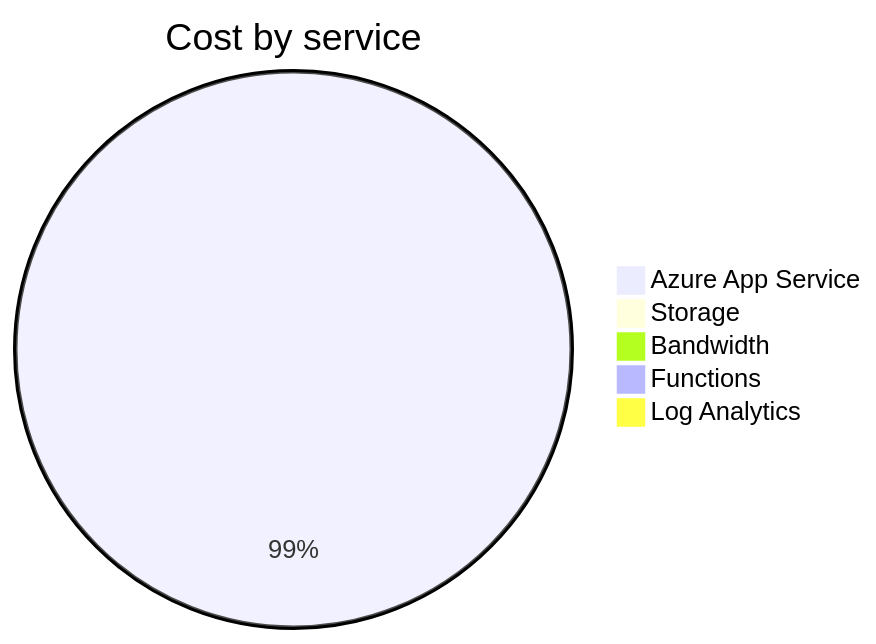
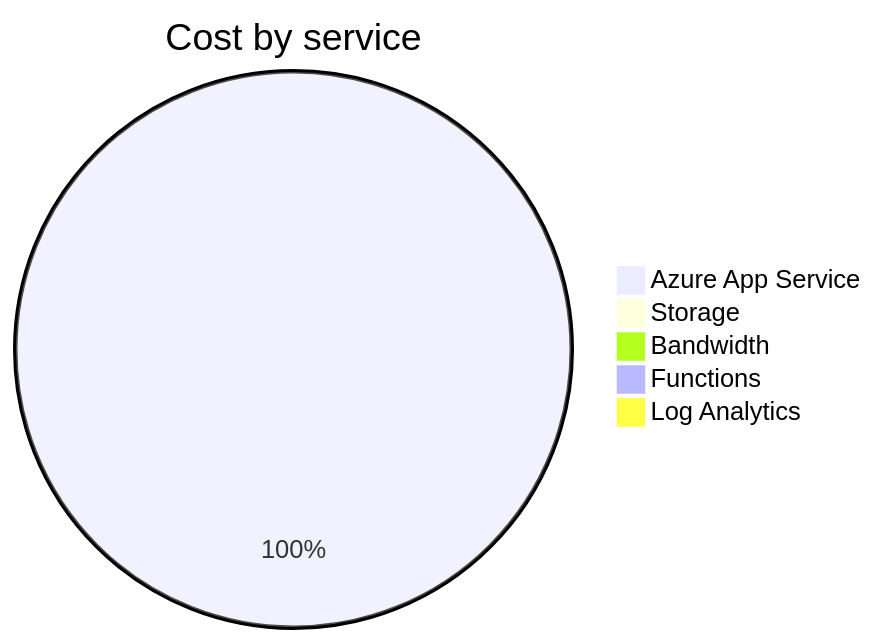
Before and after one commit to jpfulton/azure-personal-reports: the second of 4 diagrams in cost-reports/personal-site/README.md, drawn with Mermaid. The commit also changed other lines of this file and 6 other files, not shown here.

````diff
--- a/cost-reports/personal-site/README.md
+++ b/cost-reports/personal-site/README.md
@@ -43,9 +97,9 @@
 ```mermaid
 pie
    title Cost by service
-   "Azure App Service" : 1.38
+   "Azure App Service" : 2.22
    "Storage" : 0.01
    "Bandwidth" : 0.00
    "Functions" : 0.00
    "Log Analytics" : 0.00
 ```
````
